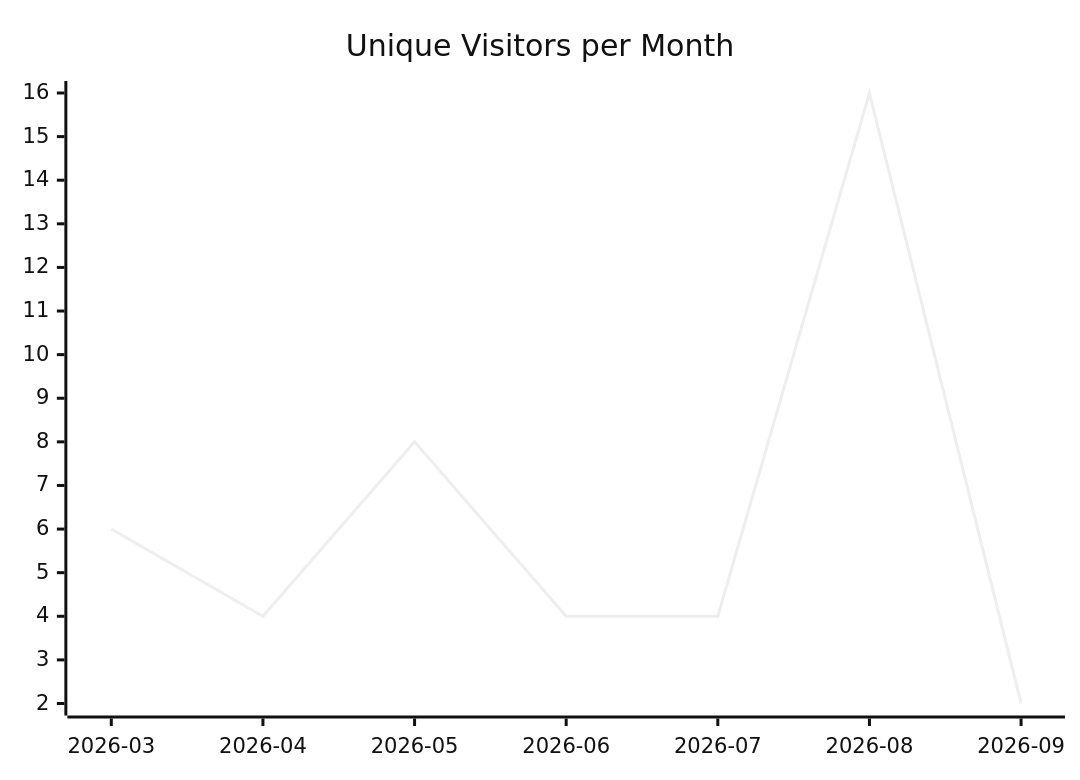
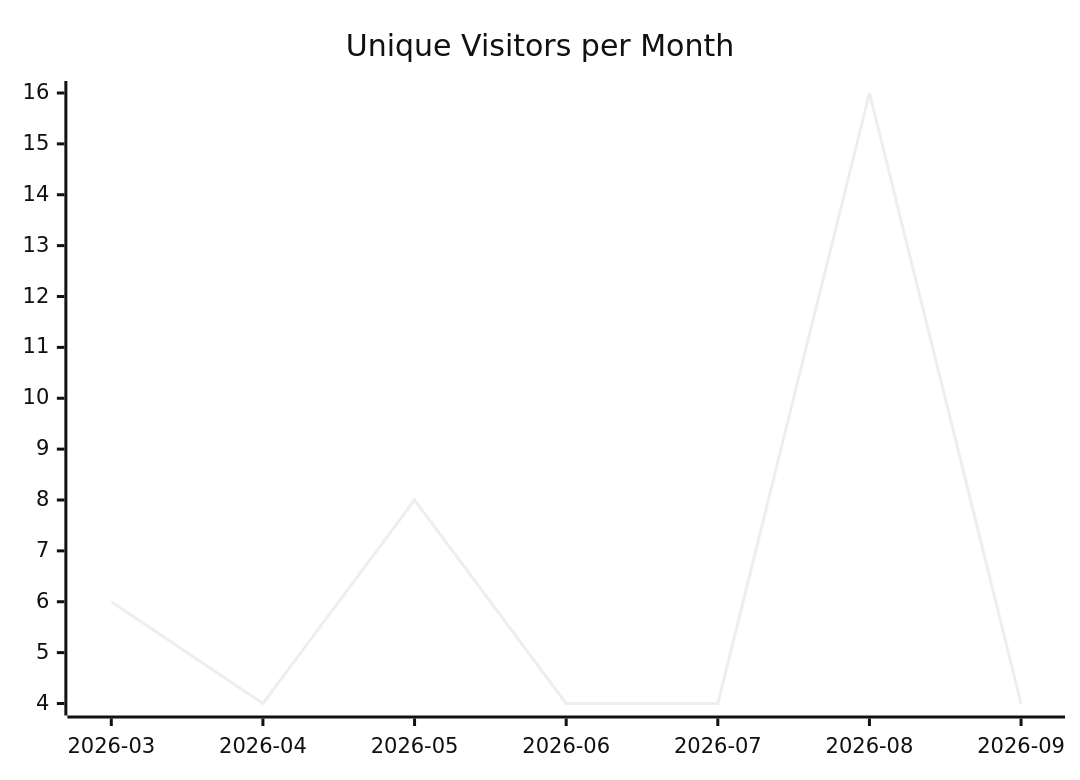
The first of 3 diagrams in karlmdavis/xmlpull/README.md (justdavis-family/github-analytics-data), drawn with Mermaid (neutral theme) before and after one commit. The commit also changed other lines of this file and 191 other files, not shown here.

````diff
--- a/karlmdavis/xmlpull/README.md
+++ b/karlmdavis/xmlpull/README.md
@@ -5,6 +5,6 @@
 ```mermaid
 xychart-beta
   title "Unique Visitors per Month"
   x-axis ["2026-03", "2026-04", "2026-05", "2026-06", "2026-07", "2026-08", "2026-09"]
-  line [6, 4, 8, 4, 4, 16, 2]
+  line [6, 4, 8, 4, 4, 16, 4]
 ```
````
